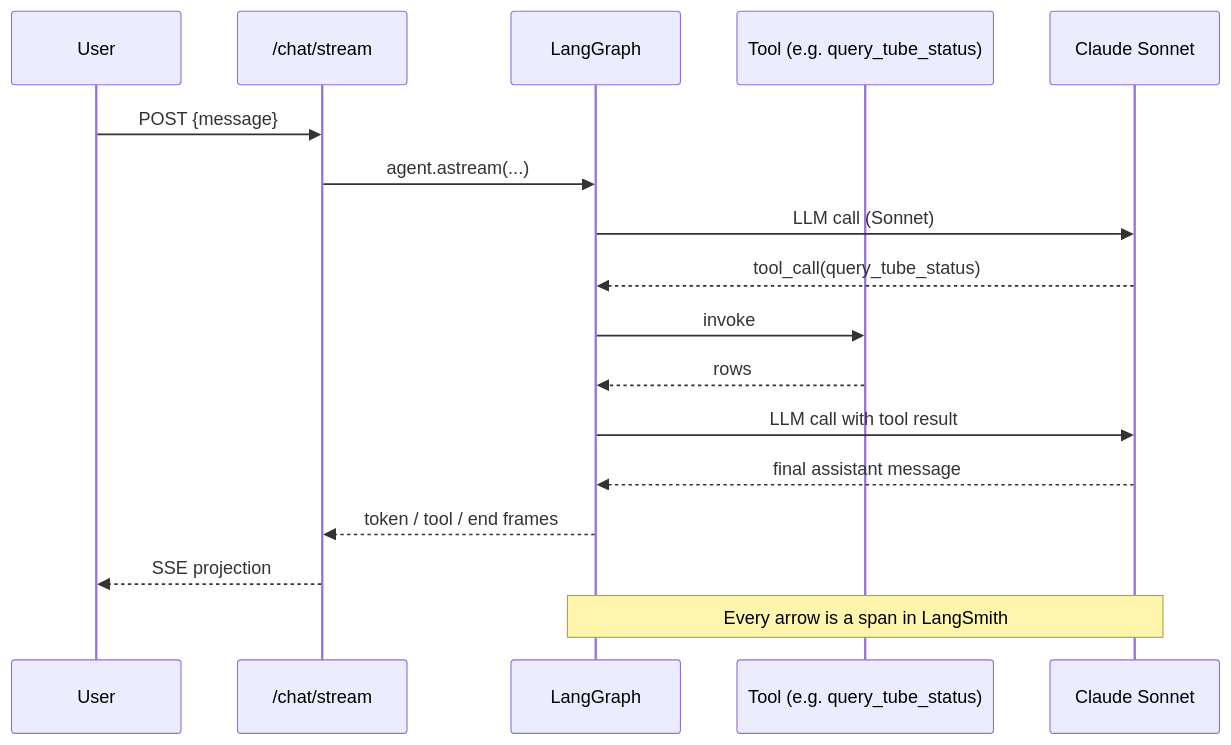
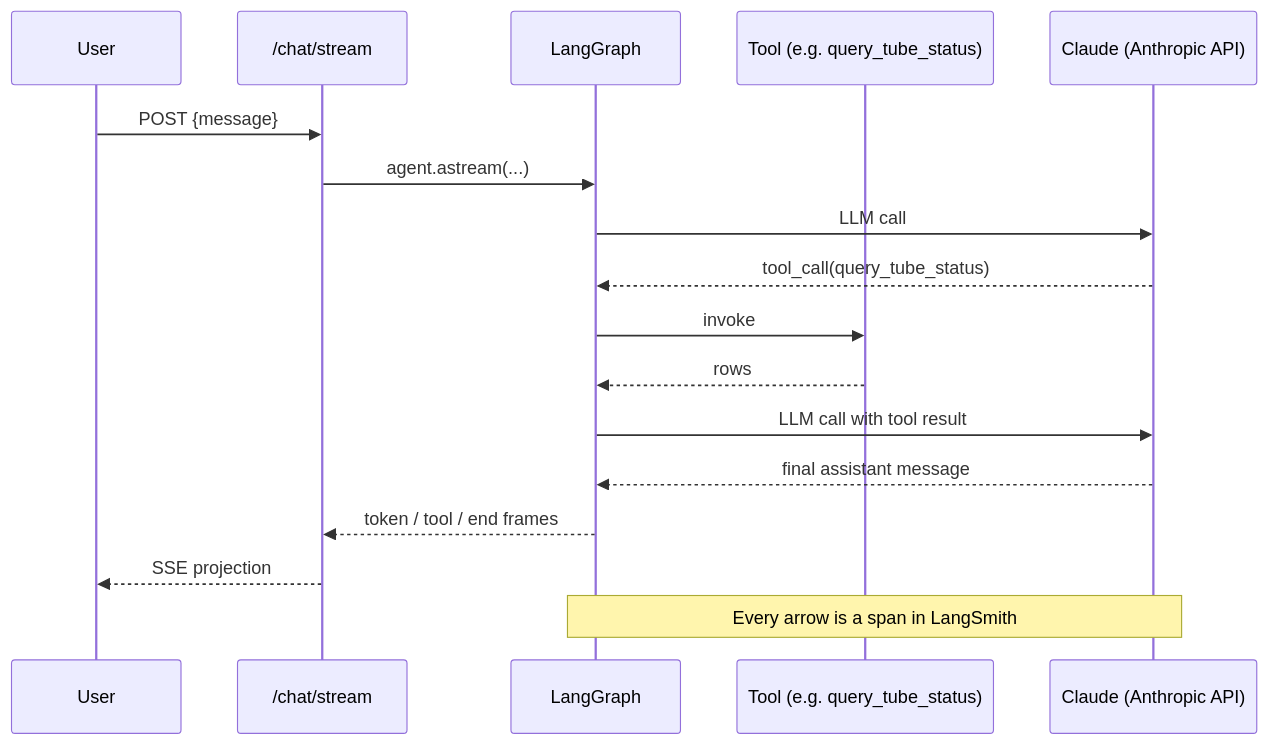
Before and after one commit to hcslomeu/tfl-monitor: the second of 2 diagrams in docs/observability.md, drawn with Mermaid. The commit also changed other lines of this file and 140 other files, not shown here.

````diff
--- a/docs/observability.md
+++ b/docs/observability.md
@@ -93,20 +92,20 @@
 ```mermaid
 sequenceDiagram
     participant U as User
     participant API as /chat/stream
     participant G as LangGraph
     participant T as Tool (e.g. query_tube_status)
-    participant L as Claude Sonnet
+    participant L as Claude (Anthropic API)
 
     U->>API: POST {message}
     API->>G: agent.astream(...)
-    G->>L: LLM call (Sonnet)
+    G->>L: LLM call
     L-->>G: tool_call(query_tube_status)
     G->>T: invoke
     T-->>G: rows
     G->>L: LLM call with tool result
     L-->>G: final assistant message
     G-->>API: token / tool / end frames
     API-->>U: SSE projection
     Note over G,L: Every arrow is a span in LangSmith
 ```
````
